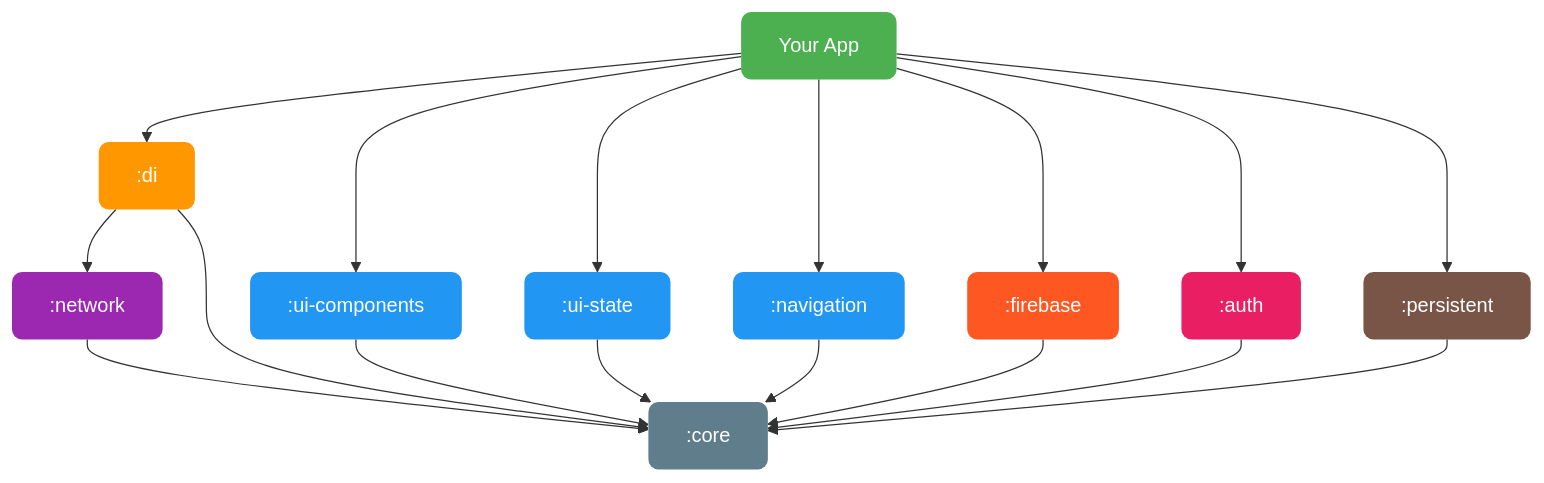
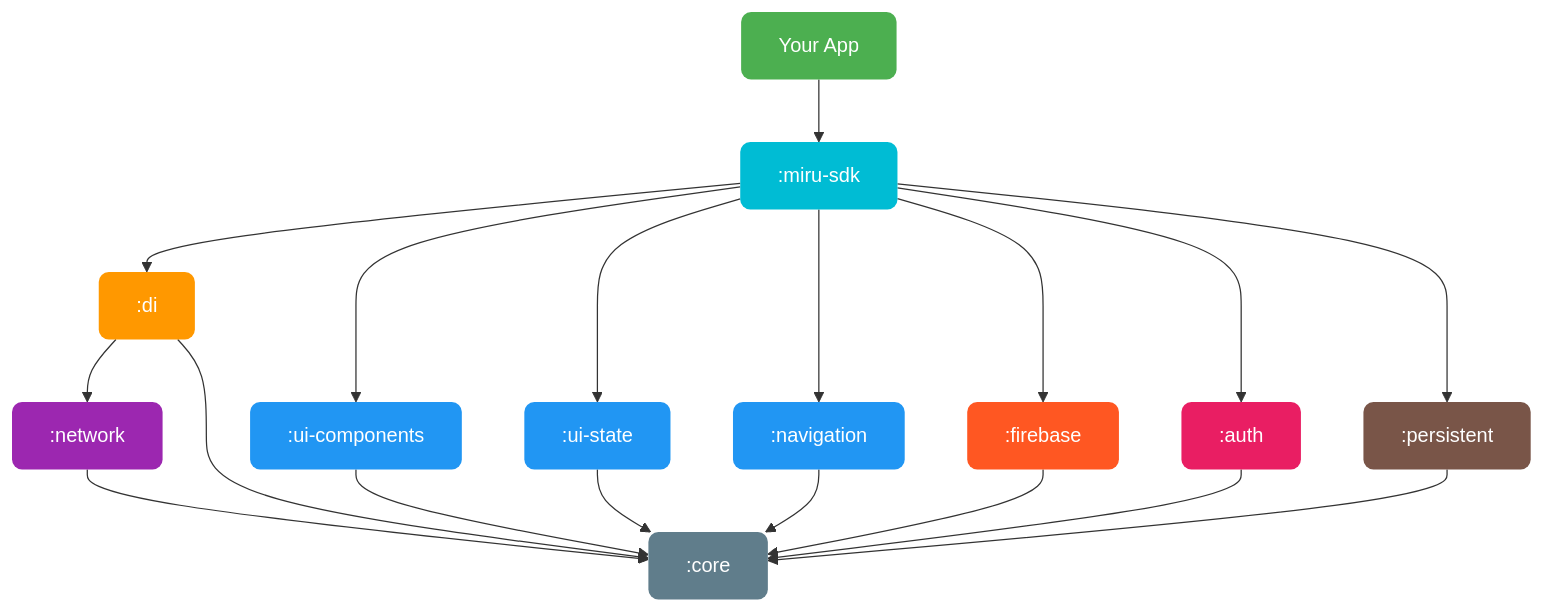
Before and after one commit to wahidabd/miru-sdk: the first of 2 diagrams in README.md, drawn with Mermaid. The commit also changed other lines of this file and 2 other files, not shown here.

````diff
--- a/README.md
+++ b/README.md
@@ -57,31 +57,34 @@
 ```mermaid
 graph TD
-    APP[Your App] --> DI[":di"]
-    APP --> UI[":ui-components"]
-    APP --> STATE[":ui-state"]
-    APP --> NAV[":navigation"]
-    APP --> FB[":firebase"]
-    APP --> AUTH[":auth"]
-    APP --> PERSIST[":persistent"]
+    APP[Your App] --> SDK[":miru-sdk"]
+
+    SDK --> DI[":di"]
+    SDK --> UI[":ui-components"]
+    SDK --> STATE[":ui-state"]
+    SDK --> NAV[":navigation"]
+    SDK --> FB[":firebase"]
+    SDK --> AUTH[":auth"]
+    SDK --> PERSIST[":persistent"]
 
     DI --> NETWORK[":network"]
     DI --> CORE[":core"]
     AUTH --> CORE
     PERSIST --> CORE
     FB --> CORE
     UI --> CORE
     STATE --> CORE
     NAV --> CORE
     NETWORK --> CORE
 
     style APP fill:#4CAF50,color:#fff,stroke:none,rx:8
+    style SDK fill:#00BCD4,color:#fff,stroke:none,rx:8
     style DI fill:#FF9800,color:#fff,stroke:none,rx:8
     style AUTH fill:#E91E63,color:#fff,stroke:none,rx:8
     style FB fill:#FF5722,color:#fff,stroke:none,rx:8
     style UI fill:#2196F3,color:#fff,stroke:none,rx:8
     style STATE fill:#2196F3,color:#fff,stroke:none,rx:8
     style NAV fill:#2196F3,color:#fff,stroke:none,rx:8
     style PERSIST fill:#795548,color:#fff,stroke:none,rx:8
     style NETWORK fill:#9C27B0,color:#fff,stroke:none,rx:8
     style CORE fill:#607D8B,color:#fff,stroke:none,rx:8
 ```
````
